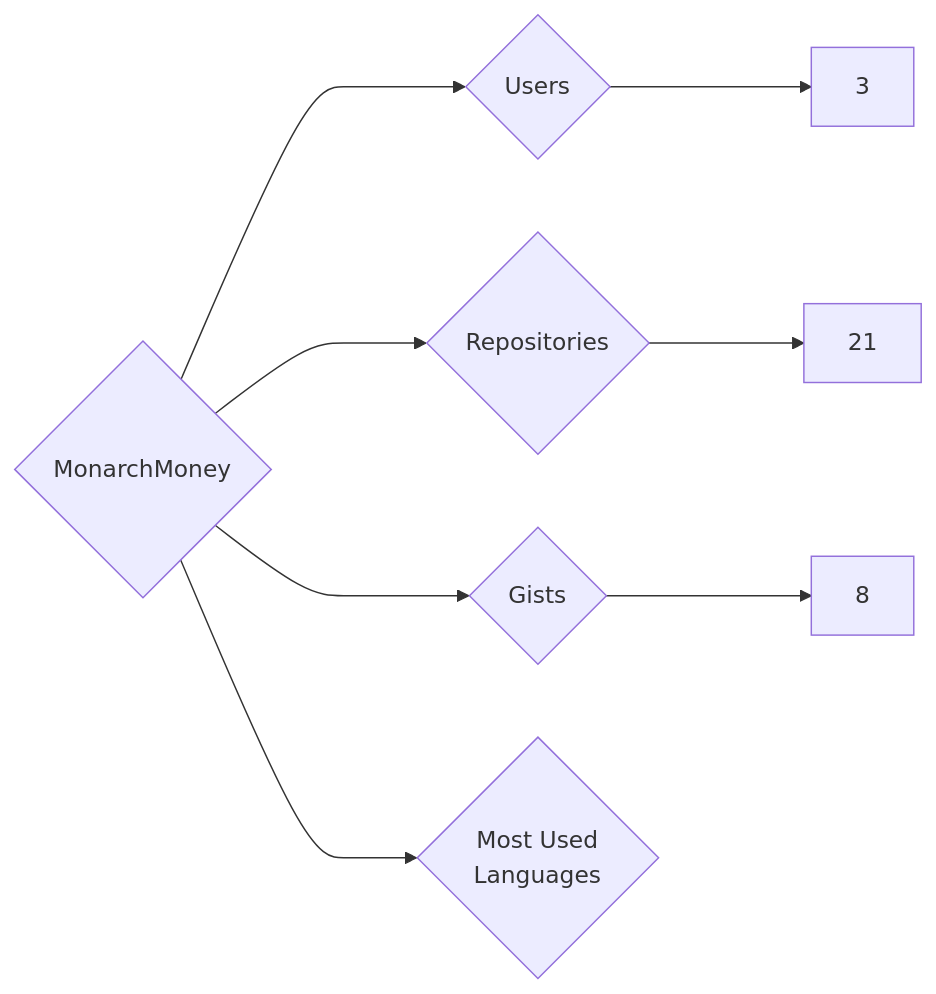
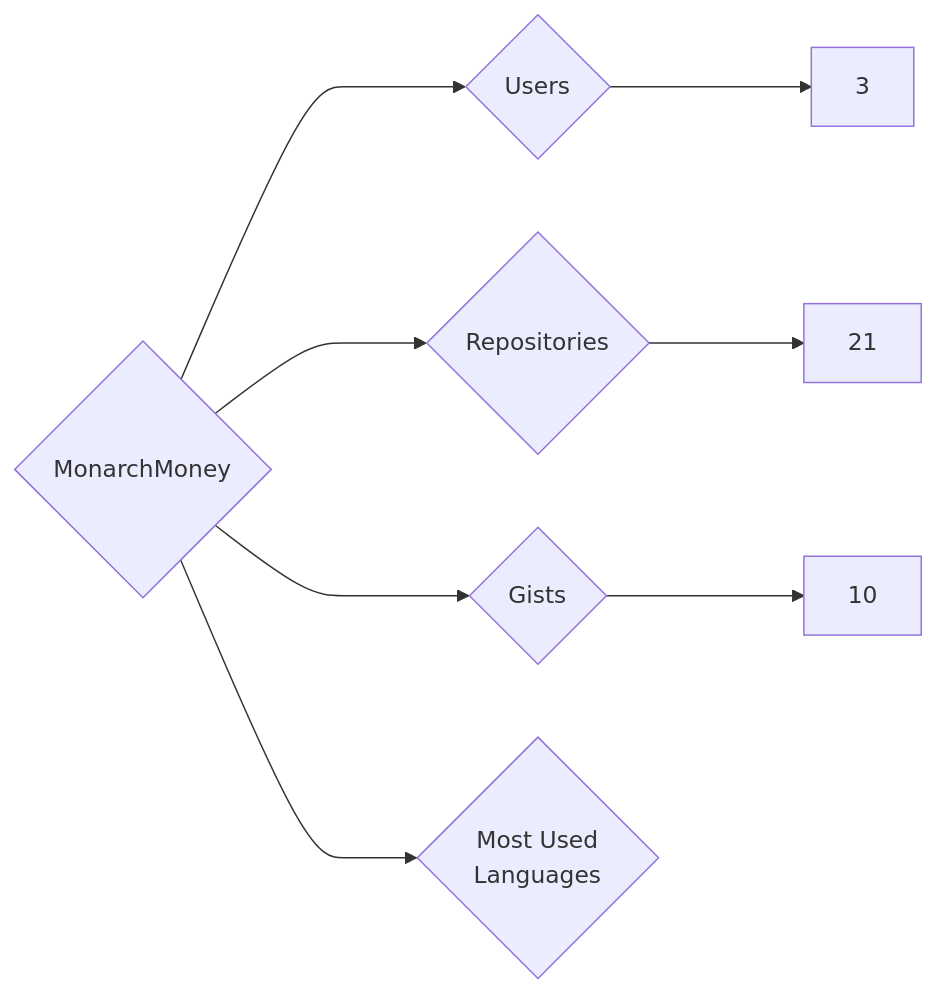
Before and after one commit to nenadzaric/insiders: the diagram in targets/MonarchMoney/README.md, drawn with Mermaid. The commit also changed 1342 other files, not shown here.

````diff
--- a/targets/MonarchMoney/README.md
+++ b/targets/MonarchMoney/README.md
@@ -3,8 +3,8 @@
 ```mermaid
 graph LR
 COMPANY_NAME{MonarchMoney}
 COMPANY_NAME ---> U{Users} ---> UN[3]
 COMPANY_NAME ---> R{Repositories} ---> RN[21]
-COMPANY_NAME ---> G{Gists} ---> GN[8]
+COMPANY_NAME ---> G{Gists} ---> GN[10]
 COMPANY_NAME ---> ML{Most Used<br>Languages}
 ```
````
